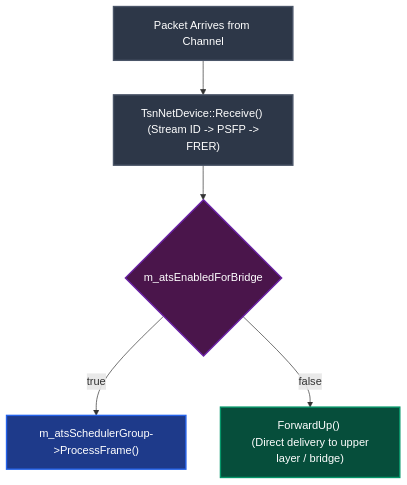
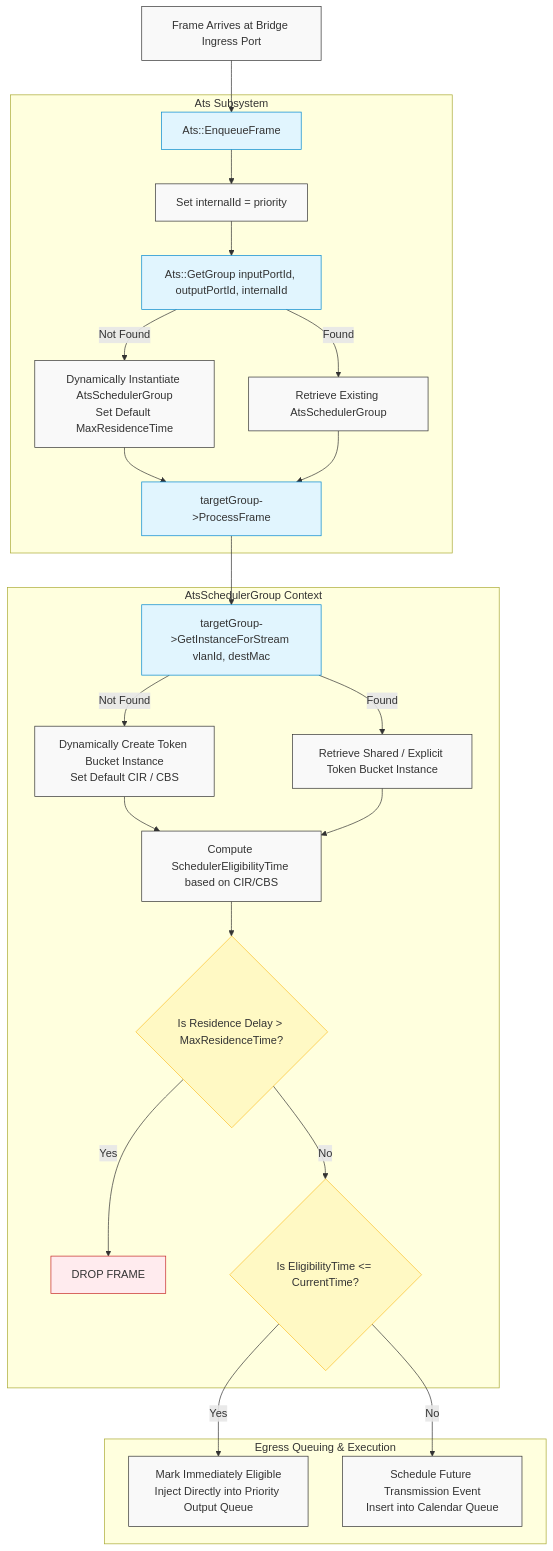
One commit to athos0x10/ns3-tsn-ats changed the first of 2 diagrams in docs/03-ats-design.md. Above: the diagram before and after it, drawn with Mermaid. The commit also changed other lines of this file, not shown here.

Commit message:
fix: final architecture

````diff
--- a/docs/03-ats-design.md
+++ b/docs/03-ats-design.md
@@ -19,14 +44,42 @@
 ```mermaid
 graph TD
-    A[Packet Arrives from Channel] --> B["TsnNetDevice::Receive() <br> (Stream ID -> PSFP -> FRER)"]
-    B --> C{m_atsEnabledForBridge}
-    C -- true --> D["m_atsSchedulerGroup->ProcessFrame()"]
-    C -- false --> E["ForwardUp() <br> (Direct delivery to upper layer / bridge)"]
+    %% Nodes
+    A[Frame Arrives at Bridge Ingress Port] --> B[Ats::EnqueueFrame]
     
-    style A fill:#2d3748,stroke:#4a5568,stroke-width:2px,color:#fff
-    style B fill:#2d3748,stroke:#4a5568,stroke-width:2px,color:#fff
-    style C fill:#4a154b,stroke:#6b21a8,stroke-width:2px,color:#fff
-    style D fill:#1e3a8a,stroke:#2563eb,stroke-width:2px,color:#fff
-    style E fill:#064e3b,stroke:#059669,stroke-width:2px,color:#fff
+    subgraph AtsEngine [Ats Subsystem]
+        B --> C[Set internalId = priority]
+        C --> D[Ats::GetGroup inputPortId, outputPortId, internalId]
+        D -->|Not Found| E[Dynamically Instantiate AtsSchedulerGroup<br>Set Default MaxResidenceTime]
+        D -->|Found| F[Retrieve Existing AtsSchedulerGroup]
+        E --> G[targetGroup->ProcessFrame]
+        F --> G
+    end
+
+    subgraph GroupEngine [AtsSchedulerGroup Context]
+        G --> H[targetGroup->GetInstanceForStream vlanId, destMac]
+        H -->|Not Found| I[Dynamically Create Token Bucket Instance<br>Set Default CIR / CBS]
+        H -->|Found| J[Retrieve Shared / Explicit Token Bucket Instance]
+        I --> K[Compute SchedulerEligibilityTime based on CIR/CBS]
+        J --> K
+        
+        K --> L{Is Residence Delay > MaxResidenceTime?}
+        L -->|Yes| M[DROP FRAME]
+        L -->|No| N{Is EligibilityTime <= CurrentTime?}
+    end
+
+    subgraph Transmission [Egress Queuing & Execution]
+        N -->|Yes| O[Mark Immediately Eligible<br>Inject Directly into Priority Output Queue]
+        N -->|No| P[Schedule Future Transmission Event<br>Insert into Calendar Queue]
+    end
+
+    %% Styles
+    classDef default fill:#f9f9f9,stroke:#333,stroke-width:1px;
+    classDef action fill:#e1f5fe,stroke:#0288d1,stroke-width:1px;
+    classDef decision fill:#fff9c4,stroke:#fbc02d,stroke-width:1px;
+    classDef drop fill:#ffebee,stroke:#c62828,stroke-width:1px;
+    
+    class B,D,G,H action;
+    class L,N decision;
+    class M drop;
 
 ```
````
